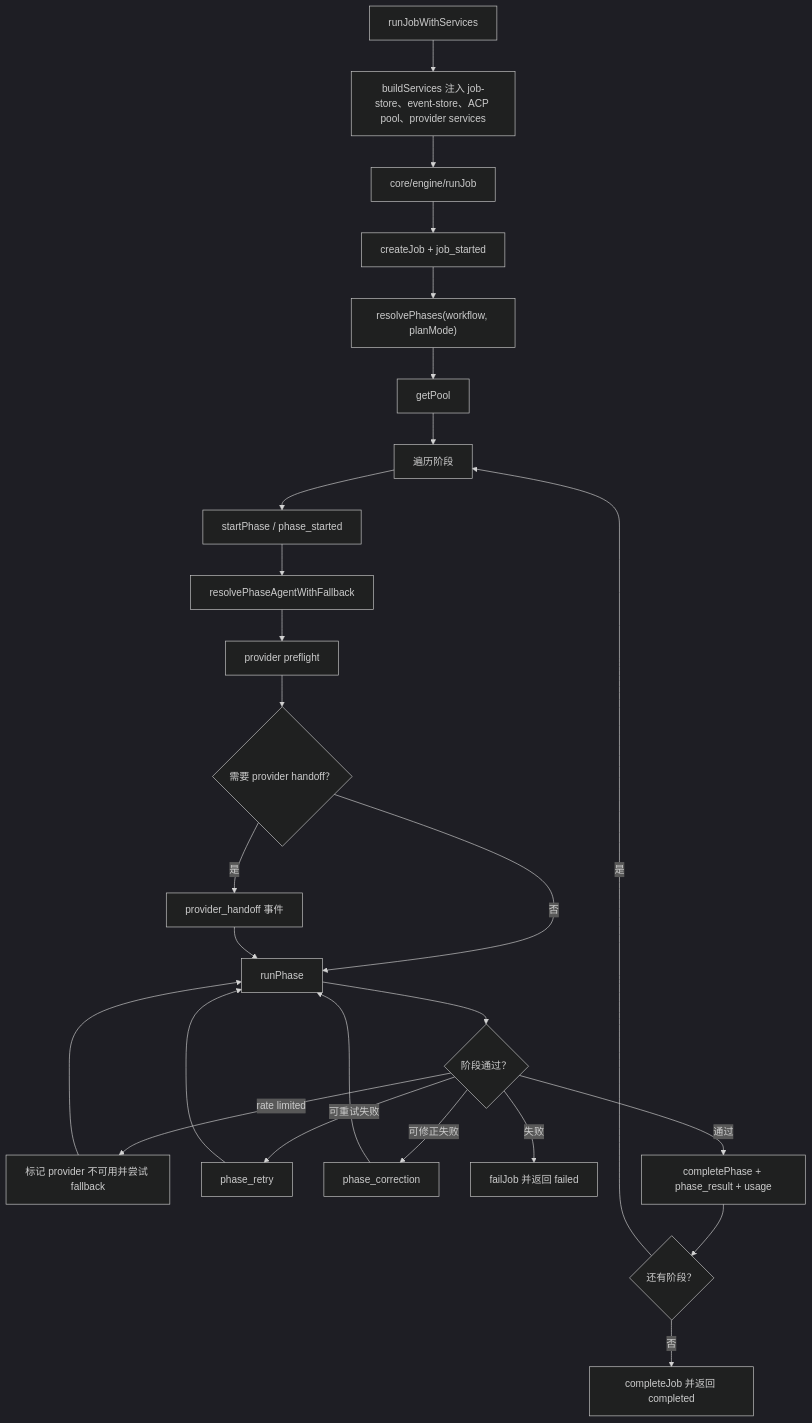
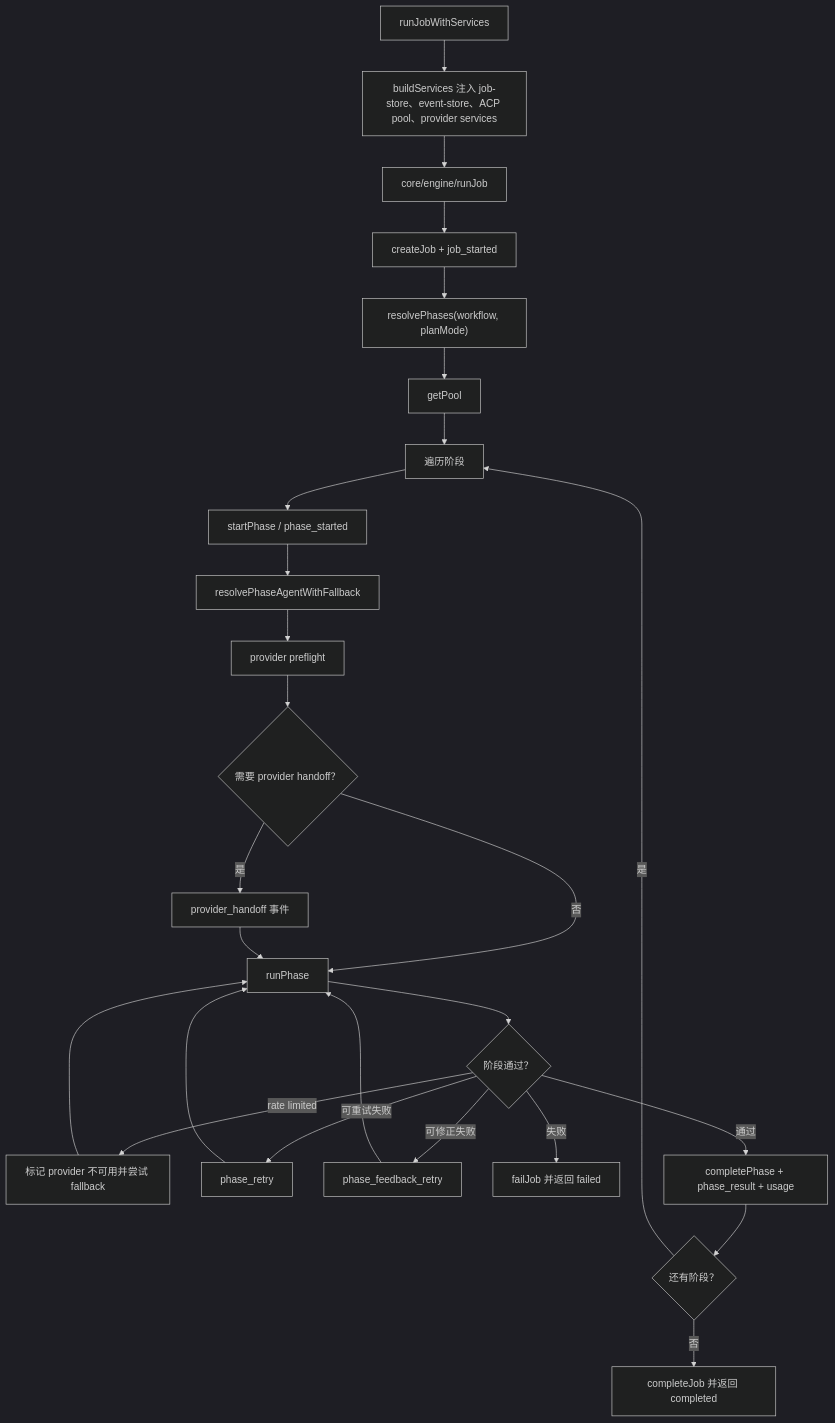
Before and after one commit to changw98ic/codepatchbay: the ninth of 17 diagrams in docs/architecture/system-dimensional-flows.md, drawn with Mermaid (dark theme). The commit also changed other lines of this file and 15 other files, not shown here.

````diff
--- a/docs/architecture/system-dimensional-flows.md
+++ b/docs/architecture/system-dimensional-flows.md
@@ -271,28 +271,28 @@
 ```mermaid
 flowchart TD
   Bridge["runJobWithServices"] --> Services["buildServices 注入 job-store、event-store、ACP pool、provider services"]
   Services --> Core["core/engine/runJob"]
   Core --> Create["createJob + job_started"]
   Create --> Resolve["resolvePhases(workflow, planMode)"]
   Resolve --> Pool["getPool"]
   Pool --> PhaseLoop["遍历阶段"]
   PhaseLoop --> StartPhase["startPhase / phase_started"]
   StartPhase --> Routing["resolvePhaseAgentWithFallback"]
   Routing --> Preflight["provider preflight"]
   Preflight --> Handoff{"需要 provider handoff？"}
   Handoff -->|"是"| HandoffEvent["provider_handoff 事件"]
   Handoff -->|"否"| RunPhase["runPhase"]
   HandoffEvent --> RunPhase
   RunPhase --> PhaseResult{"阶段通过？"}
   PhaseResult -->|"rate limited"| MidFallback["标记 provider 不可用并尝试 fallback"]
   MidFallback --> RunPhase
   PhaseResult -->|"可重试失败"| Retry["phase_retry"]
   Retry --> RunPhase
-  PhaseResult -->|"可修正失败"| Correction["phase_correction"]
-  Correction --> RunPhase
+  PhaseResult -->|"可修正失败"| FeedbackRetry["phase_feedback_retry"]
+  FeedbackRetry --> RunPhase
   PhaseResult -->|"失败"| Fail["failJob 并返回 failed"]
   PhaseResult -->|"通过"| CompletePhase["completePhase + phase_result + usage"]
   CompletePhase --> More{"还有阶段？"}
   More -->|"是"| PhaseLoop
   More -->|"否"| CompleteJob["completeJob 并返回 completed"]
 ```
````
